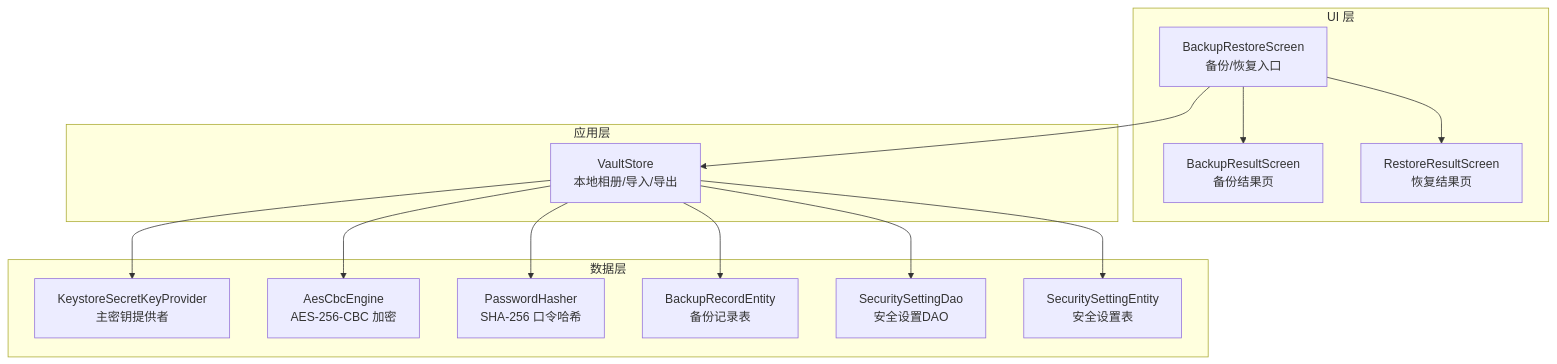
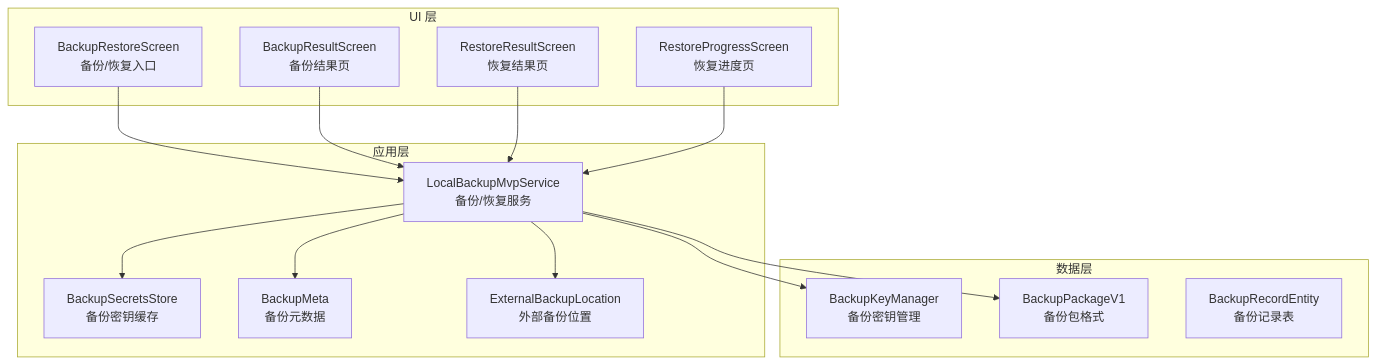
One commit to wanhongbo/ai-photo-vault changed the first of 6 diagrams in .qoder/repowiki/zh/content/项目概述/核心功能特性/备份恢复系统.md. Above: the diagram before and after it, drawn with Mermaid. The commit also changed other lines of this file and 22 other files, not shown here.

````diff
--- a/.qoder/repowiki/zh/content/项目概述/核心功能特性/备份恢复系统.md
+++ b/.qoder/repowiki/zh/content/项目概述/核心功能特性/备份恢复系统.md
@@ -47,28 +55,29 @@
 ```mermaid
 graph TB
 subgraph "UI 层"
 BR["BackupRestoreScreen<br/>备份/恢复入口"]
 BRS["BackupResultScreen<br/>备份结果页"]
 RES["RestoreResultScreen<br/>恢复结果页"]
+RPS["RestoreProgressScreen<br/>恢复进度页"]
 end
 subgraph "应用层"
-VS["VaultStore<br/>本地相册/导入/导出"]
+LBM["LocalBackupMvpService<br/>备份/恢复服务"]
+BS["BackupSecretsStore<br/>备份密钥缓存"]
+BM["BackupMeta<br/>备份元数据"]
+EBL["ExternalBackupLocation<br/>外部备份位置"]
 end
 subgraph "数据层"
-KSK["KeystoreSecretKeyProvider<br/>主密钥提供者"]
-AES["AesCbcEngine<br/>AES-256-CBC 加密"]
-PH["PasswordHasher<br/>SHA-256 口令哈希"]
+BKM["BackupKeyManager<br/>备份密钥管理"]
+BPK["BackupPackageV1<br/>备份包格式"]
 BRE["BackupRecordEntity<br/>备份记录表"]
-SSD["SecuritySettingDao<br/>安全设置DAO"]
-SSE["SecuritySettingEntity<br/>安全设置表"]
 end
-BR --> BRS
-BR --> RES
-BR --> VS
-VS --> AES
-VS --> KSK
-VS --> PH
-VS --> BRE
-VS --> SSD
-VS --> SSE
+BR --> LBM
+LBM --> BS
+LBM --> BM
+LBM --> EBL
+LBM --> BKM
+LBM --> BPK
+BRS --> LBM
+RES --> LBM
+RPS --> LBM
 ```
````
